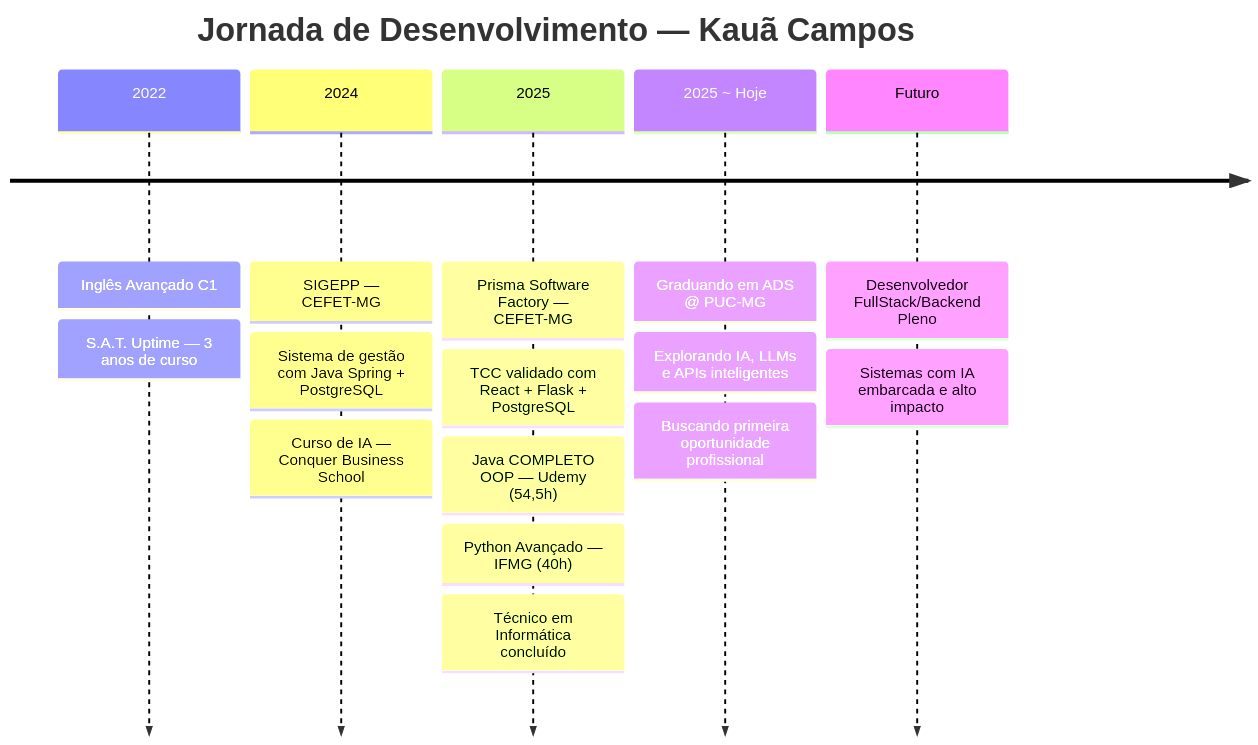
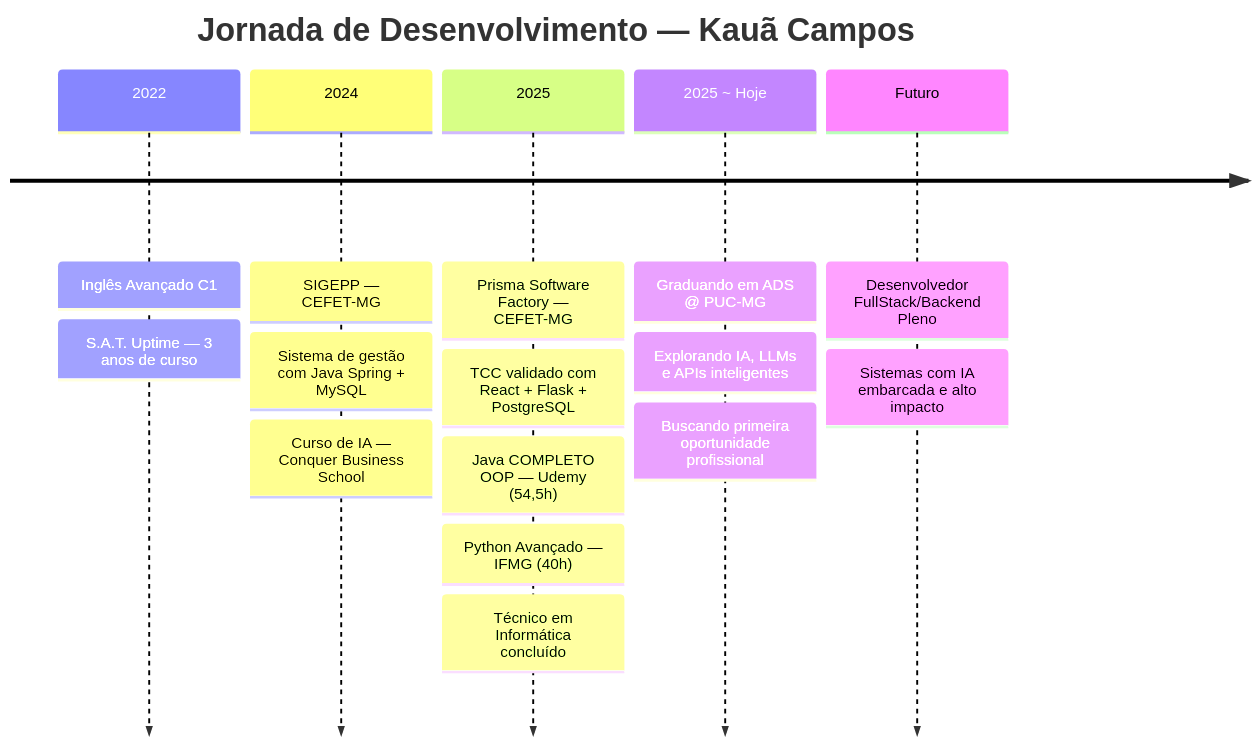
Before and after one commit to KauaCampos/KauaCampos: the diagram in README.md, drawn with Mermaid.

Commit message:
Update database technology from PostgreSQL to MySQL

````diff
--- a/README.md
+++ b/README.md
@@ -136,19 +136,19 @@
 ```mermaid
 timeline
     title Jornada de Desenvolvimento — Kauã Campos
     2022         : Inglês Avançado C1
                  : S.A.T. Uptime — 3 anos de curso
     2024         : SIGEPP — CEFET-MG
-                 : Sistema de gestão com Java Spring + PostgreSQL
+                 : Sistema de gestão com Java Spring + MySQL
                  : Curso de IA — Conquer Business School
     2025         : Prisma Software Factory — CEFET-MG
                  : TCC validado com React + Flask + PostgreSQL
                  : Java COMPLETO OOP — Udemy (54,5h)
                  : Python Avançado — IFMG (40h)
                  : Técnico em Informática concluído
     2025 ~ Hoje  : Graduando em ADS @ PUC-MG
                  : Explorando IA, LLMs e APIs inteligentes
                  : Buscando primeira oportunidade profissional
     Futuro       : Desenvolvedor FullStack/Backend Pleno
                  : Sistemas com IA embarcada e alto impacto
 ```
````
